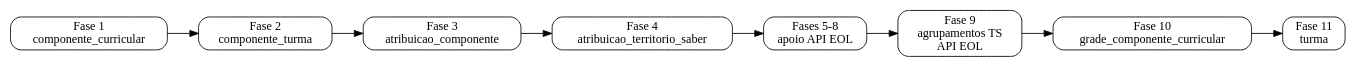
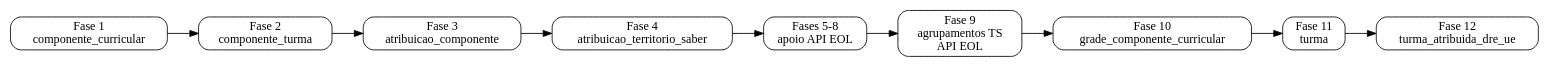
One commit to prefeiturasp/SME-IntegracaoEOL-MS-ETL changed the diagram in docs/dominios/pedagogico/ordem_carga.md. Above: the diagram before and after it, drawn with Graphviz. The commit also changed other lines of this file and 8 other files, not shown here.

````diff
--- a/docs/dominios/pedagogico/ordem_carga.md
+++ b/docs/dominios/pedagogico/ordem_carga.md
@@ -39,17 +42,18 @@
 ```{graphviz}
 digraph G {
     rankdir=LR;
     node [shape=box, style="rounded"];
 
     F1 [label="Fase 1\ncomponente_curricular"];
     F2 [label="Fase 2\ncomponente_turma"];
     F3 [label="Fase 3\natribuicao_componente"];
     F4 [label="Fase 4\natribuicao_territorio_saber"];
     F5 [label="Fases 5-8\napoio API EOL"];
     F9 [label="Fase 9\nagrupamentos TS\nAPI EOL"];
     F10 [label="Fase 10\ngrade_componente_curricular"];
     F11 [label="Fase 11\nturma"];
+    F12 [label="Fase 12\nturma_atribuida_dre_ue"];
 
-    F1 -> F2 -> F3 -> F4 -> F5 -> F9 -> F10 -> F11;
+    F1 -> F2 -> F3 -> F4 -> F5 -> F9 -> F10 -> F11 -> F12;
 }
 ```
````
